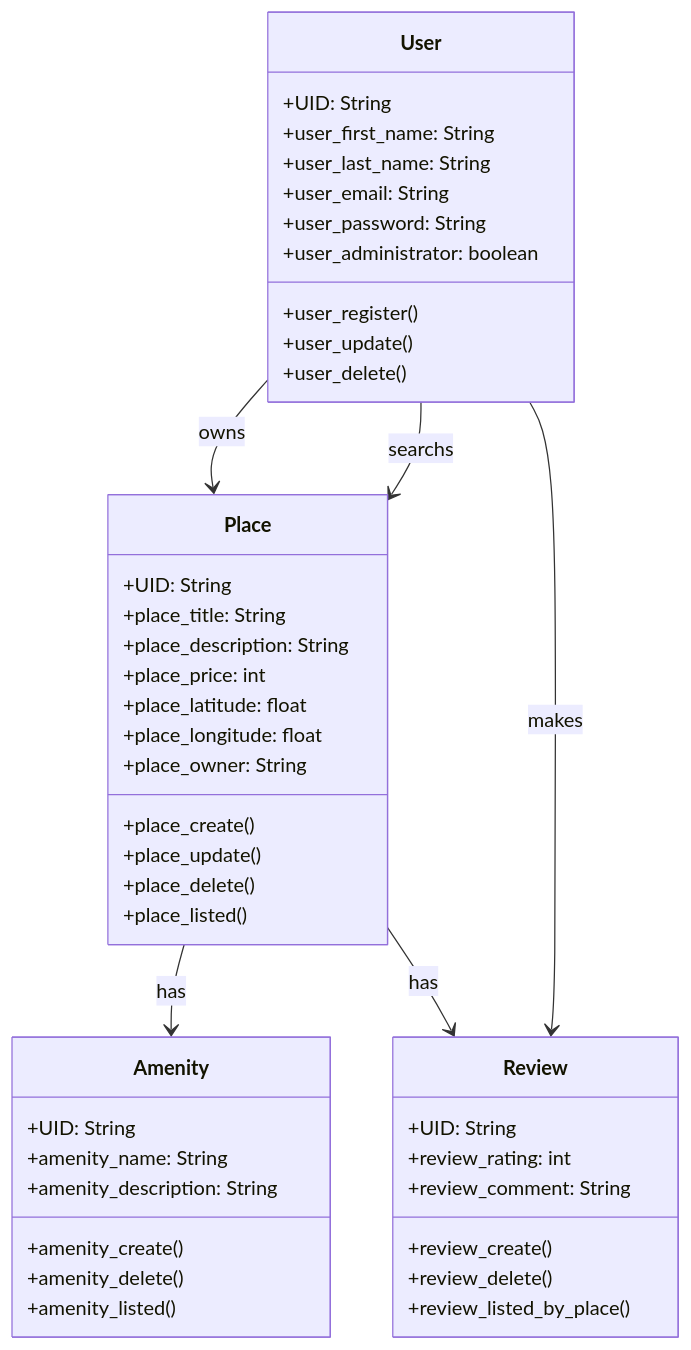
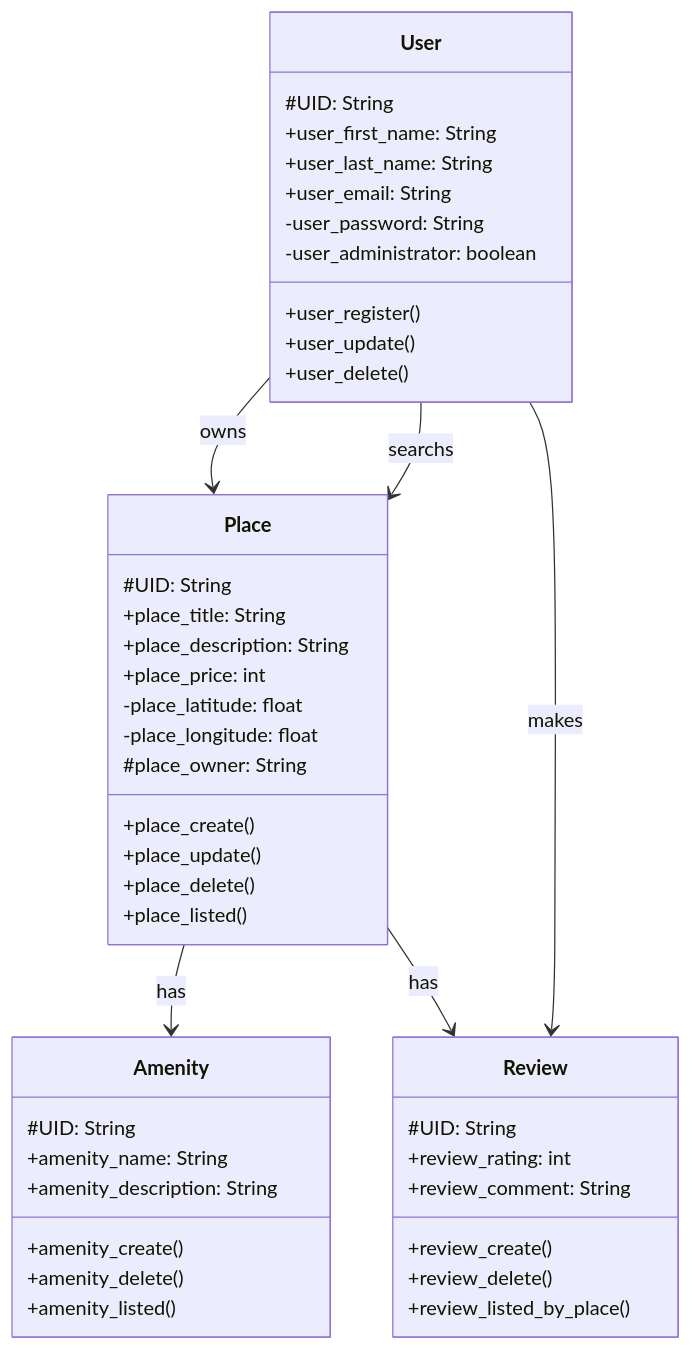
Before and after one commit to vlldnt/holbertonschool-hbnb: the diagram in part1/01-class_diagram.md, drawn with Mermaid. The commit also changed 1 other file, not shown here.

Commit message:
Title for each task and correction privte and protected entity

````diff
--- a/part1/01-class_diagram.md
+++ b/part1/01-class_diagram.md
@@ -3,50 +3,49 @@
 ```mermaid
 classDiagram
 class User {
-    +UID: String
+    #UID: String
     +user_first_name: String
     +user_last_name: String
     +user_email: String
-    +user_password: String
-    +user_administrator: boolean
+    -user_password: String
+    -user_administrator: boolean
     +user_register()
     +user_update()
     +user_delete()
 }
 class Place {
-    +UID: String
+    #UID: String
     +place_title: String
     +place_description: String
     +place_price: int
-    +place_latitude: float
-    +place_longitude: float
-    +place_owner: String
+    -place_latitude: float
+    -place_longitude: float
+    #place_owner: String
     +place_create()
     +place_update()
     +place_delete()
     +place_listed()
 }
 class Review {
-    +UID: String
+    #UID: String
     +review_rating: int
     +review_comment: String
     +review_create()
     +review_delete()
     +review_listed_by_place()
 }
-
 class Amenity {
-    +UID: String
+    #UID: String
     +amenity_name: String
     +amenity_description: String
     +amenity_create()
     +amenity_delete()
     +amenity_listed()
 }
 Place --> Amenity : has
 User --> Place : owns
 User --> Place : searchs
 User --> Review : makes
 Place --> Review : has
 
 ```
````
